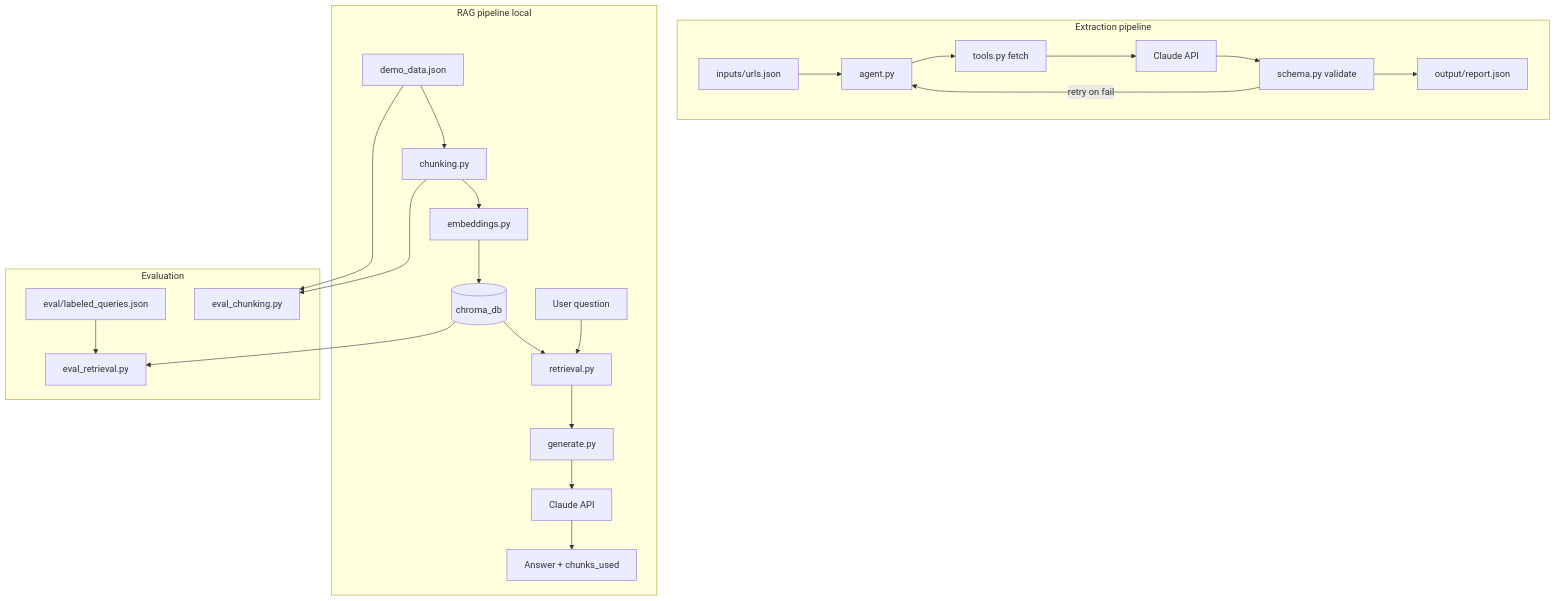
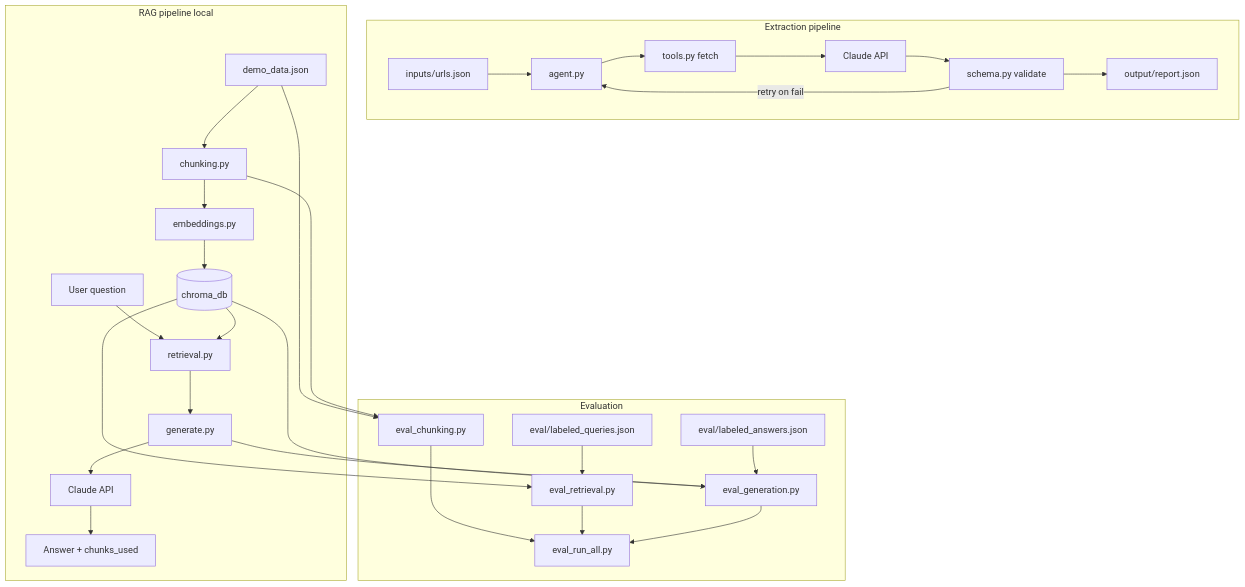
Before and after one commit to jieyissee-arch/due-diligence-agent: the diagram in README.md, drawn with Mermaid. The commit also changed other lines of this file and 12 other files, not shown here.

````diff
--- a/README.md
+++ b/README.md
@@ -72,29 +74,35 @@
 ```mermaid
 flowchart TB
     subgraph extract [Extraction pipeline]
         URLs[inputs/urls.json] --> Agent[agent.py]
         Agent --> Tools[tools.py fetch]
         Tools --> Claude1[Claude API]
         Claude1 --> Schema[schema.py validate]
         Schema -->|retry on fail| Agent
         Schema --> Report[output/report.json]
     end
 
     subgraph rag [RAG pipeline local]
         Data[demo_data.json] --> Chunk[chunking.py]
         Chunk --> Embed[embeddings.py]
         Embed --> Chroma[(chroma_db)]
         Query[User question] --> Retrieve[retrieval.py]
         Chroma --> Retrieve
         Retrieve --> Gen[generate.py]
         Gen --> Claude2[Claude API]
         Claude2 --> Answer[Answer + chunks_used]
     end
 
     subgraph eval [Evaluation]
         LQ[eval/labeled_queries.json] --> EvalR[eval_retrieval.py]
+        LA[eval/labeled_answers.json] --> EvalG[eval_generation.py]
         Chroma --> EvalR
+        Chroma --> EvalG
+        Gen --> EvalG
         Data --> EvalC[eval_chunking.py]
         Chunk --> EvalC
+        EvalC --> RunAll[eval_run_all.py]
+        EvalR --> RunAll
+        EvalG --> RunAll
     end
 ```
````
